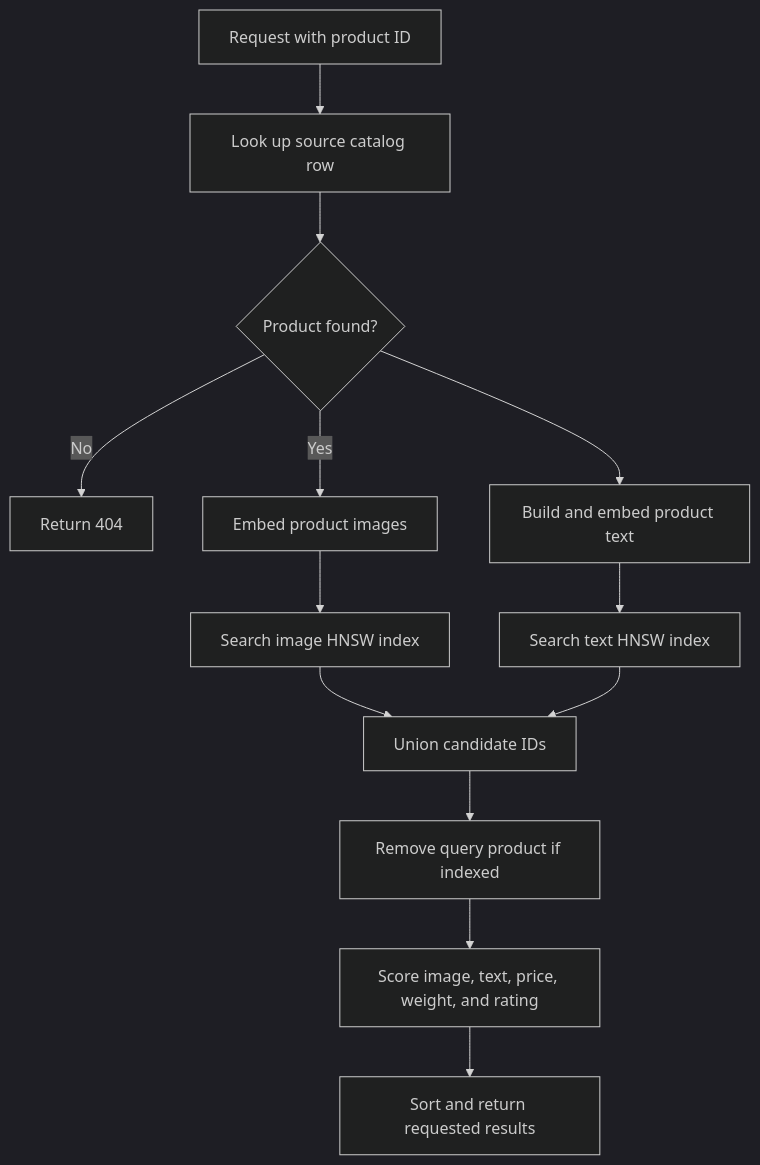
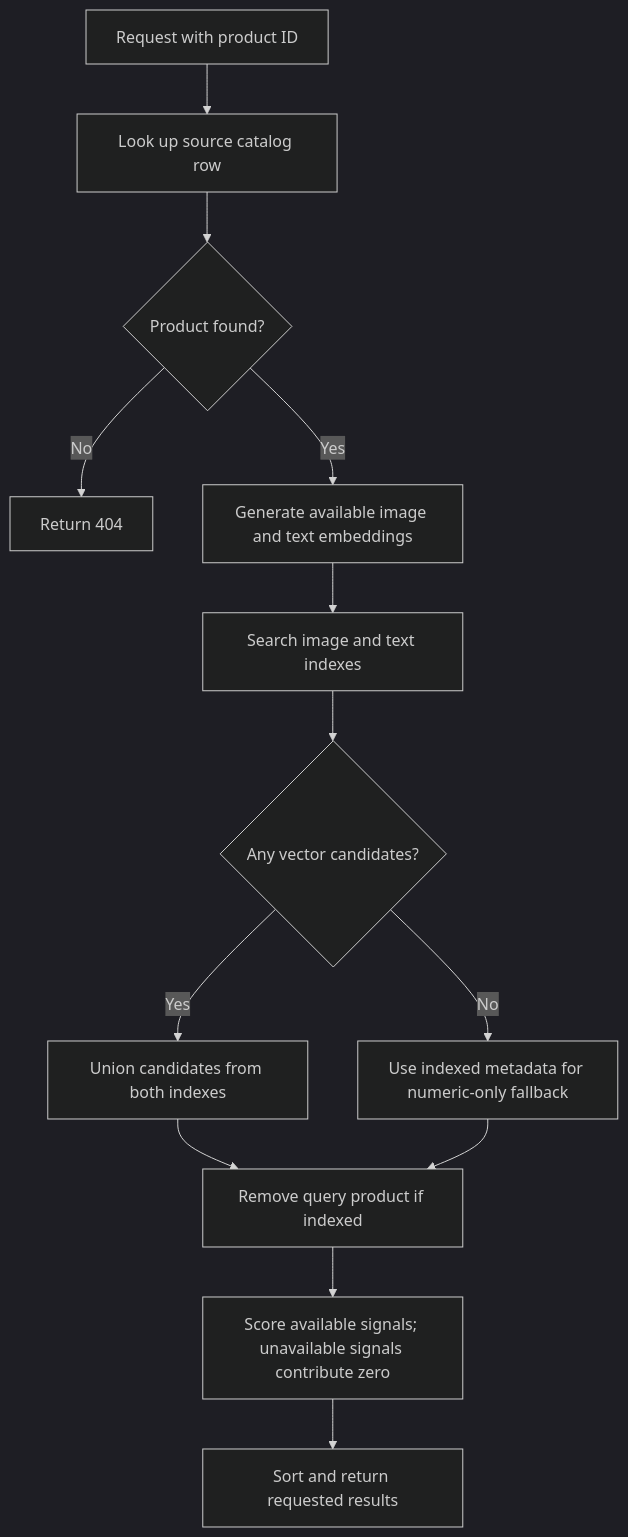
One commit to eagagk/sap_ex changed the second of 2 diagrams in README.md. Above: the diagram before and after it, drawn with Mermaid (dark theme). The commit also changed other lines of this file and 3 other files, not shown here.

````diff
--- a/README.md
+++ b/README.md
@@ -44,15 +44,15 @@
 ```mermaid
 flowchart TD
     A[Request with product ID] --> B[Look up source catalog row]
     B --> C{Product found?}
     C -- No --> X[Return 404]
-    C -- Yes --> D[Embed product images]
-    C --> E[Build and embed product text]
-    D --> F[Search image HNSW index]
-    E --> G[Search text HNSW index]
-    F --> H[Union candidate IDs]
-    G --> H
-    H --> I[Remove query product if indexed]
-    I --> J[Score image, text, price, weight, and rating]
+    C -- Yes --> D[Generate available image and text embeddings]
+    D --> E[Search image and text indexes]
+    E --> F{Any vector candidates?}
+    F -- Yes --> G[Union candidates from both indexes]
+    F -- No --> H[Use indexed metadata for numeric-only fallback]
+    G --> I[Remove query product if indexed]
+    H --> I
+    I --> J[Score available signals; unavailable signals contribute zero]
     J --> K[Sort and return requested results]
 ```
````
